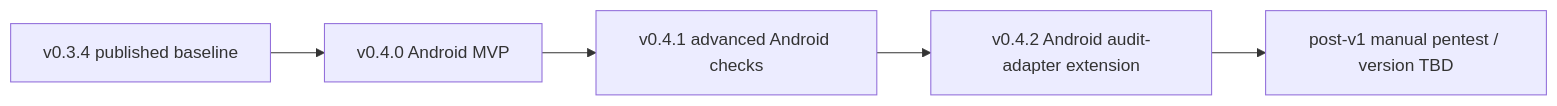
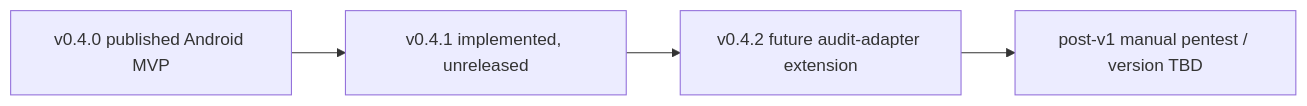
Before and after one commit to dailephd/my-dev-kit-lab: the diagram in docs/ROADMAP.md, drawn with Mermaid. The commit also changed other lines of this file and 11 other files, not shown here.

````diff
--- a/docs/ROADMAP.md
+++ b/docs/ROADMAP.md
@@ -5,7 +3,6 @@
 ```mermaid
 flowchart LR
-  A[v0.3.4 published baseline] --> B[v0.4.0 Android MVP]
-  B --> C[v0.4.1 advanced Android checks]
-  C --> D[v0.4.2 Android audit-adapter extension]
-  D --> E[post-v1 manual pentest / version TBD]
+  A[v0.4.0 published Android MVP] --> B[v0.4.1 implemented, unreleased]
+  B --> C[v0.4.2 future audit-adapter extension]
+  C --> D[post-v1 manual pentest / version TBD]
 ```
````
